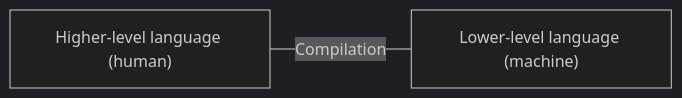
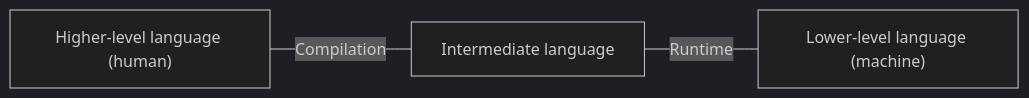
One commit to sximenez/2023-11-nov-c--fundamentals changed the first of 15 diagrams in README.md. Above: the diagram before and after it, drawn with Mermaid (dark theme). The commit also changed other lines of this file and 27 other files, not shown here.

````diff
--- a/README.md
+++ b/README.md
@@ -26,5 +38,6 @@
 ```mermaid
 graph LR
 
-1["Higher-level language (human)"] ---|Compilation| 2["Lower-level language (machine)"]
+1["Higher-level language (human)"] ---|Compilation| 2["Intermediate language"]
+2 ---|Runtime| 3["Lower-level language (machine)"]
 ```
````
